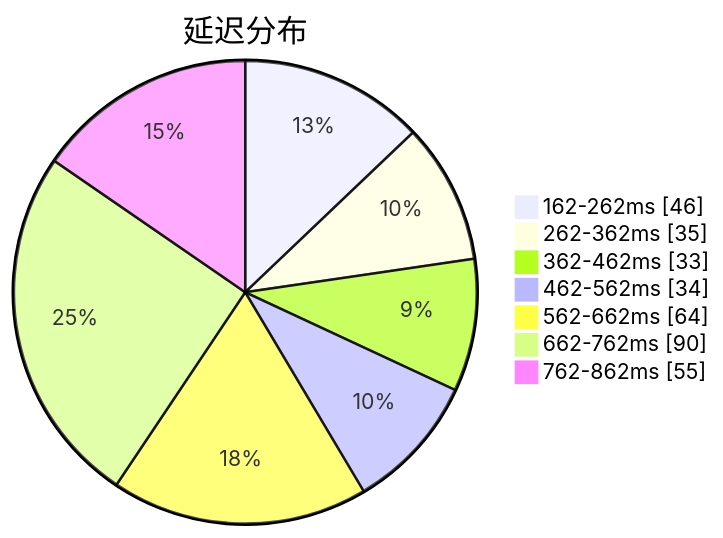
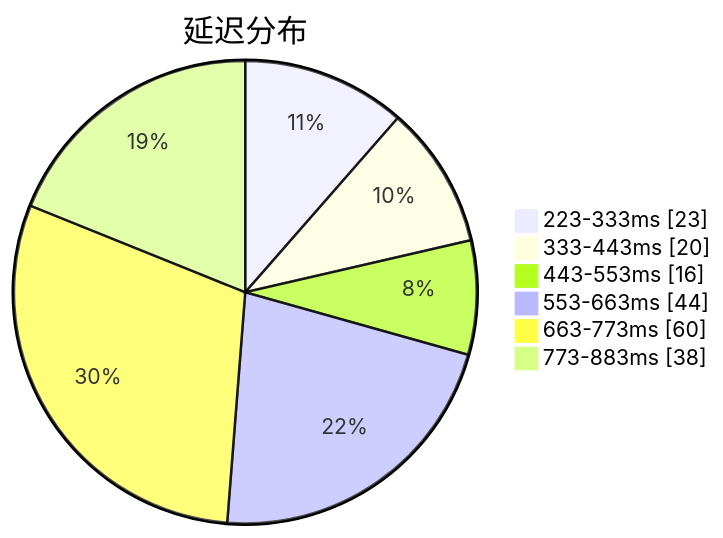
One commit to qjlxg/airport changed the first of 3 diagrams in subs/statistics/tested_within.md. Above: the diagram before and after it, drawn with Mermaid. The commit also changed other lines of this file and 2 other files, not shown here.

````diff
--- a/subs/statistics/tested_within.md
+++ b/subs/statistics/tested_within.md
@@ -2,11 +2,10 @@
 ```mermaid
 pie showData
 title 延迟分布
-"162-262ms" : 46
-"262-362ms" : 35
-"362-462ms" : 33
-"462-562ms" : 34
-"562-662ms" : 64
-"662-762ms" : 90
-"762-862ms" : 55
+"223-333ms" : 23
+"333-443ms" : 20
+"443-553ms" : 16
+"553-663ms" : 44
+"663-773ms" : 60
+"773-883ms" : 38
 ```
````
